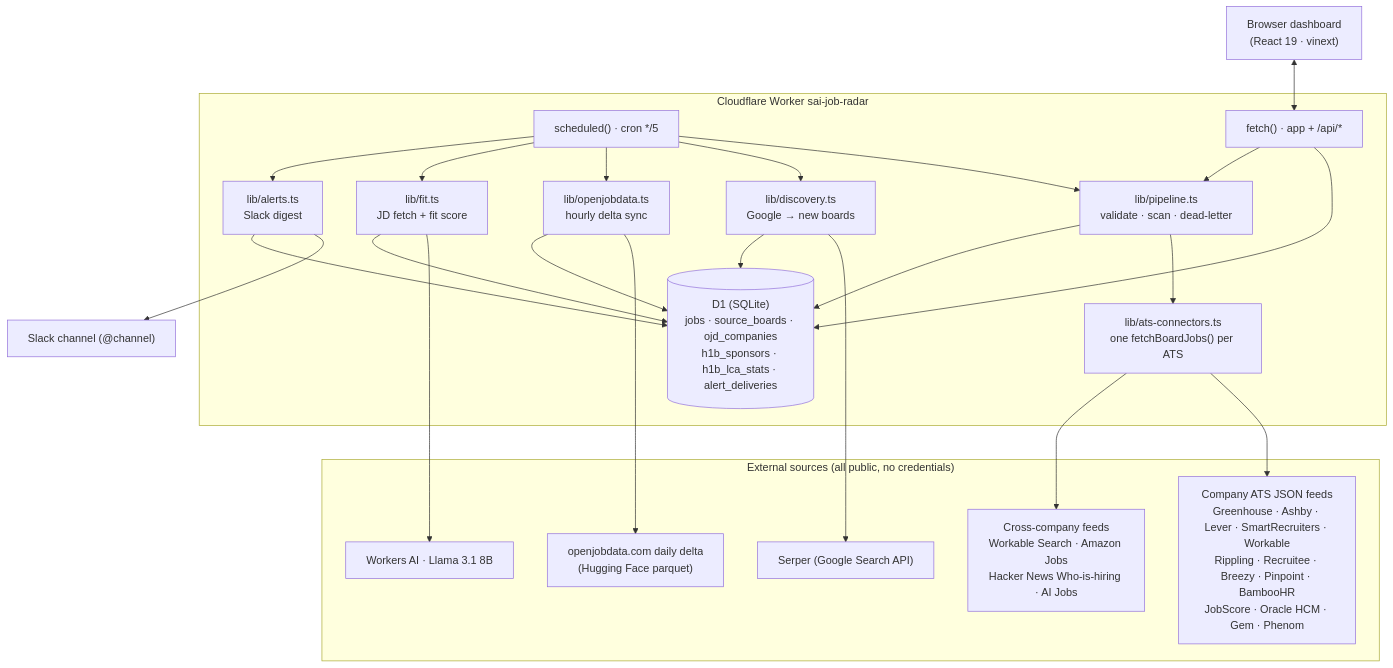
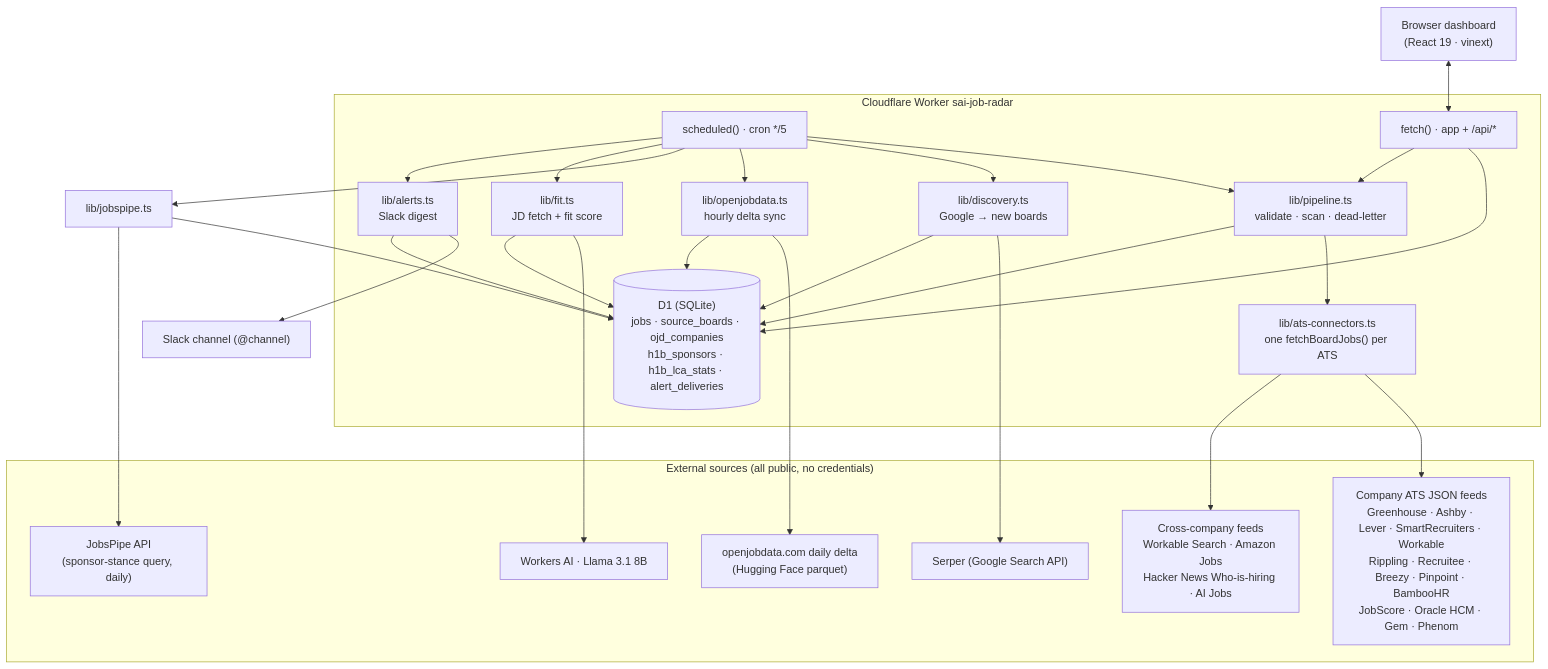
The first of 2 diagrams in TECH_DESIGN.md (akhilesh360/sai-job-radar), drawn with Mermaid before and after one commit. The commit also changed other lines of this file and 4 other files, not shown here.

Commit message:
JobsPipe: one daily sponsor-stance query (US data roles whose posting says the employer sponsors) as source 'JobsPipe (sponsors)'; key in Workers Secret

````diff
--- a/TECH_DESIGN.md
+++ b/TECH_DESIGN.md
@@ -28,39 +28,42 @@
 ```mermaid
 flowchart TB
   subgraph Sources["External sources (all public, no credentials)"]
     ATS["Company ATS JSON feeds<br/>Greenhouse · Ashby · Lever · SmartRecruiters · Workable<br/>Rippling · Recruitee · Breezy · Pinpoint · BambooHR<br/>JobScore · Oracle HCM · Gem · Phenom"]
     AGG["Cross-company feeds<br/>Workable Search · Amazon Jobs<br/>Hacker News Who-is-hiring · AI Jobs"]
     OJD["openjobdata.com daily delta<br/>(Hugging Face parquet)"]
+    JPX["JobsPipe API<br/>(sponsor-stance query, daily)"]
     SERP["Serper (Google Search API)"]
     AI["Workers AI · Llama 3.1 8B"]
   end
 
   subgraph CF["Cloudflare Worker sai-job-radar"]
     CRON["scheduled() · cron */5"]
     HTTP["fetch() · app + /api/*"]
     PIPE["lib/pipeline.ts<br/>validate · scan · dead-letter"]
     CONN["lib/ats-connectors.ts<br/>one fetchBoardJobs() per ATS"]
     DISC["lib/discovery.ts<br/>Google → new boards"]
     OJDS["lib/openjobdata.ts<br/>hourly delta sync"]
     FIT["lib/fit.ts<br/>JD fetch + fit score"]
     AL["lib/alerts.ts<br/>Slack digest"]
     D1[("D1 (SQLite)<br/>jobs · source_boards · ojd_companies<br/>h1b_sponsors · h1b_lca_stats · alert_deliveries")]
   end
 
   UI["Browser dashboard<br/>(React 19 · vinext)"]
   SLACK["Slack channel (@channel)"]
 
   CRON --> PIPE --> CONN --> ATS
   CONN --> AGG
   CRON --> DISC --> SERP
   CRON --> OJDS --> OJD
+  CRON --> JPS["lib/jobspipe.ts"] --> JPX
+  JPS --> D1
   CRON --> FIT --> AI
   CRON --> AL --> SLACK
   PIPE --> D1
   DISC --> D1
   OJDS --> D1
   FIT --> D1
   AL --> D1
   UI <--> HTTP --> D1
   HTTP --> PIPE
 ```
````
